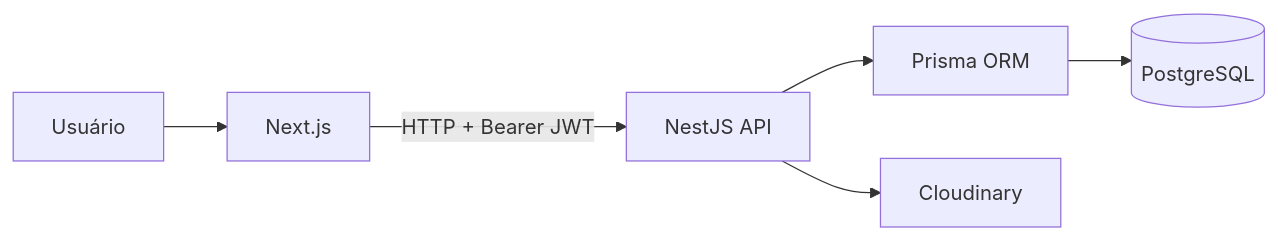
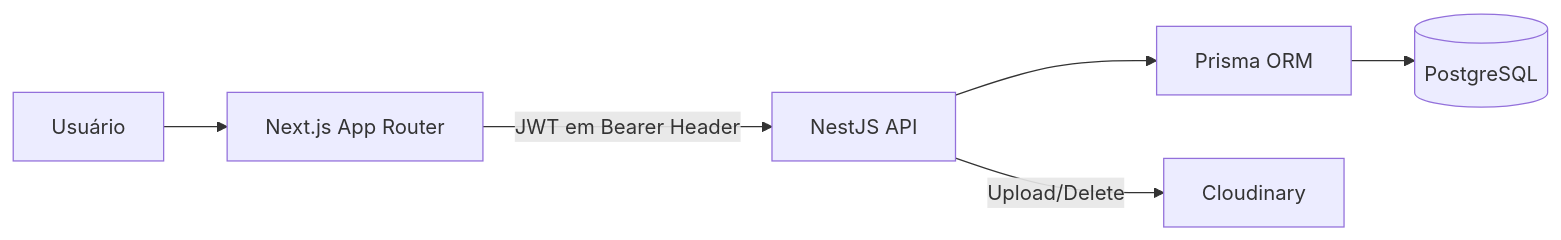
One commit to FabianoPiroli/ImperiumImobiliaria changed the diagram in README.md. Above: the diagram before and after it, drawn with Mermaid. The commit also changed other lines of this file and 1 other file, not shown here.

````diff
--- a/README.md
+++ b/README.md
@@ -28,8 +34,8 @@
 ```mermaid
 flowchart LR
-    U[Usuário] --> F[Next.js]
-    F -->|HTTP + Bearer JWT| A[NestJS API]
+    U[Usuário] --> N[Next.js App Router]
+    N -->|JWT em Bearer Header| A[NestJS API]
     A --> P[Prisma ORM]
     P --> D[(PostgreSQL)]
-    A --> C[Cloudinary]
+    A -->|Upload/Delete| C[Cloudinary]
 ```
````
